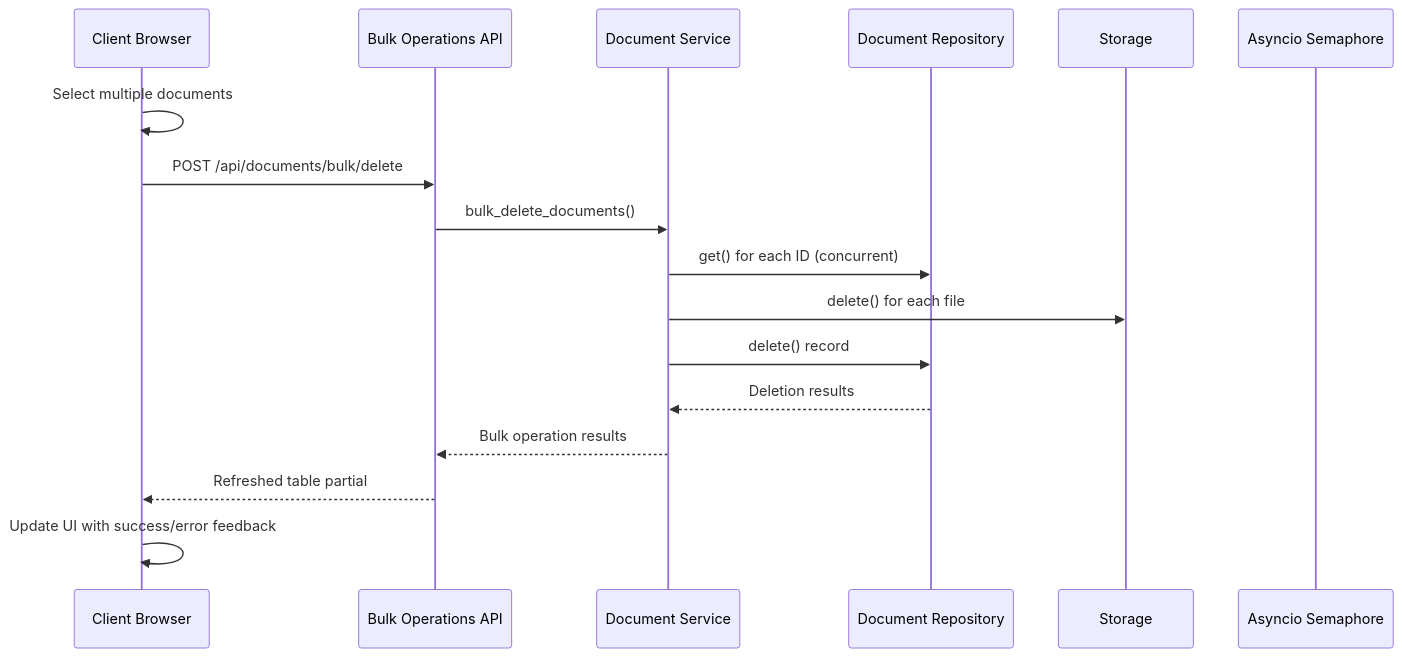
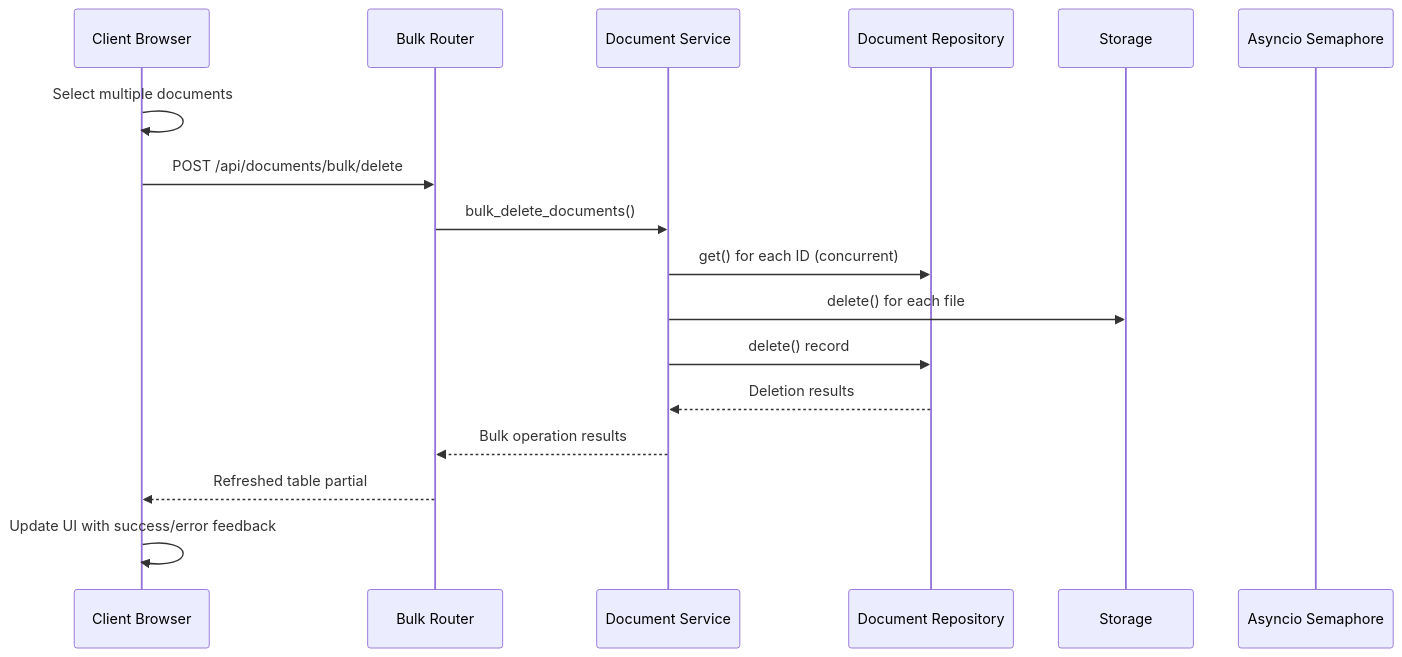
Diagram 13 of 26 in .qoder/repowiki/en/content/Document Management System.md (ognelis/cafetera_hr_bot), drawn with Mermaid before and after one commit. The commit also changed other lines of this file and 12 other files, not shown here.

````diff
--- a/.qoder/repowiki/en/content/Document Management System.md
+++ b/.qoder/repowiki/en/content/Document Management System.md
@@ -1502,19 +1560,19 @@
 ```mermaid
 sequenceDiagram
 participant Client as Client Browser
-participant API as Bulk Operations API
+participant BulkRouter as Bulk Router
 participant Service as Document Service
 participant Repo as Document Repository
 participant S3 as Storage
 participant Semaphore as Asyncio Semaphore
 Client->>Client : Select multiple documents
-Client->>API : POST /api/documents/bulk/delete
-API->>Service : bulk_delete_documents()
+Client->>BulkRouter : POST /api/documents/bulk/delete
+BulkRouter->>Service : bulk_delete_documents()
 Service->>Repo : get() for each ID (concurrent)
 Service->>S3 : delete() for each file
 Service->>Repo : delete() record
 Repo-->>Service : Deletion results
-Service-->>API : Bulk operation results
-API-->>Client : Refreshed table partial
+Service-->>BulkRouter : Bulk operation results
+BulkRouter-->>Client : Refreshed table partial
 Client->>Client : Update UI with success/error feedback
 ```
````
